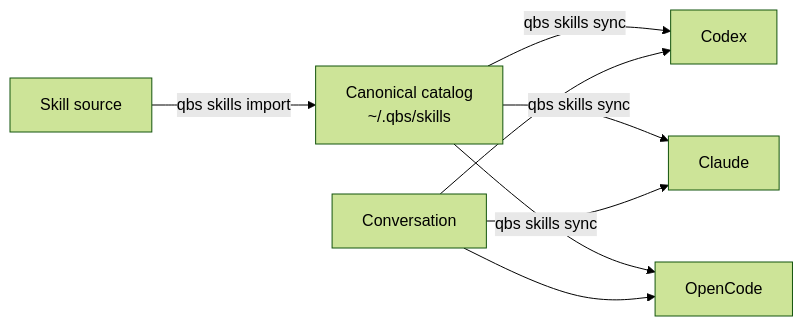
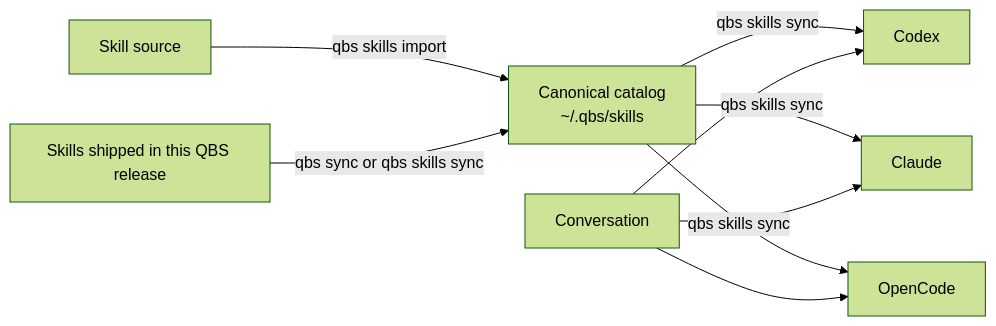
One commit to apourman/qbs changed the diagram in README.md. Above: the diagram before and after it, drawn with Mermaid (forest theme). The commit also changed other lines of this file and 6 other files, not shown here.

Commit message:
feat: bundle skills and refresh them during sync

````diff
--- a/README.md
+++ b/README.md
@@ -79,10 +83,11 @@
 ```mermaid
 flowchart LR
     A[Skill source] -->|qbs skills import| B[Canonical catalog<br/>~/.qbs/skills]
+    R[Skills shipped in this QBS release] -->|qbs sync or qbs skills sync| B
     B -->|qbs skills sync| C[Codex]
     B -->|qbs skills sync| D[Claude]
     B -->|qbs skills sync| E[OpenCode]
     F[Conversation] --> C
     F --> D
     F --> E
 ```
````
